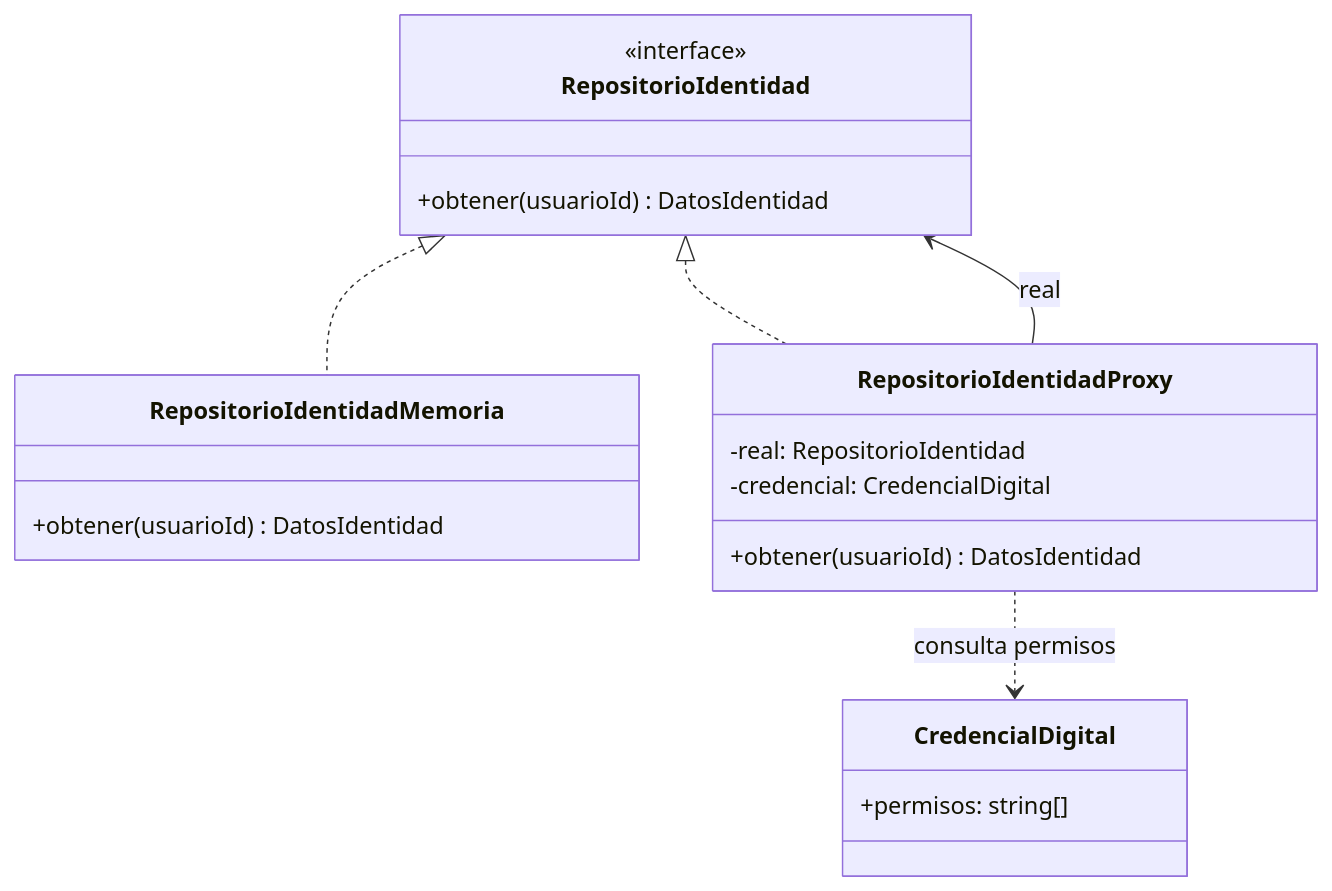
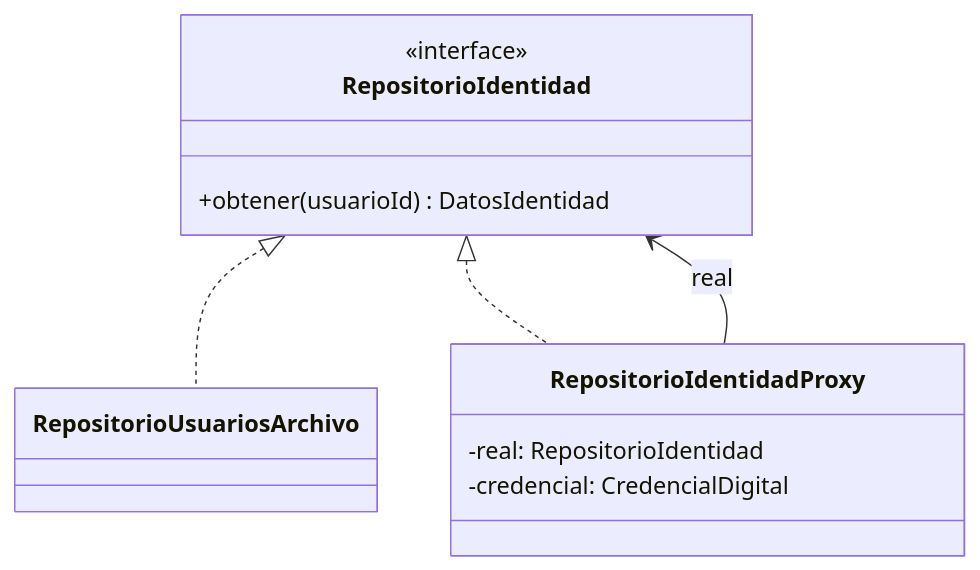
Before and after one commit to Jean0405/SistemaGestionDigital: the seventh of 10 diagrams in README.md, drawn with Mermaid. The commit also changed other lines of this file and 18 other files, not shown here.

````diff
--- a/README.md
+++ b/README.md
@@ -1491,23 +388,14 @@
 ```mermaid
 classDiagram
     class RepositorioIdentidad {
         <<interface>>
         +obtener(usuarioId) DatosIdentidad
     }
-    class RepositorioIdentidadMemoria {
-        +obtener(usuarioId) DatosIdentidad
-    }
     class RepositorioIdentidadProxy {
         -real: RepositorioIdentidad
         -credencial: CredencialDigital
-        +obtener(usuarioId) DatosIdentidad
     }
-    class CredencialDigital {
-        +permisos: string[]
-    }
-
-    RepositorioIdentidad <|.. RepositorioIdentidadMemoria
+    RepositorioIdentidad <|.. RepositorioUsuariosArchivo
     RepositorioIdentidad <|.. RepositorioIdentidadProxy
     RepositorioIdentidadProxy --> RepositorioIdentidad : real
-    RepositorioIdentidadProxy ..> CredencialDigital : consulta permisos
 ```
````
